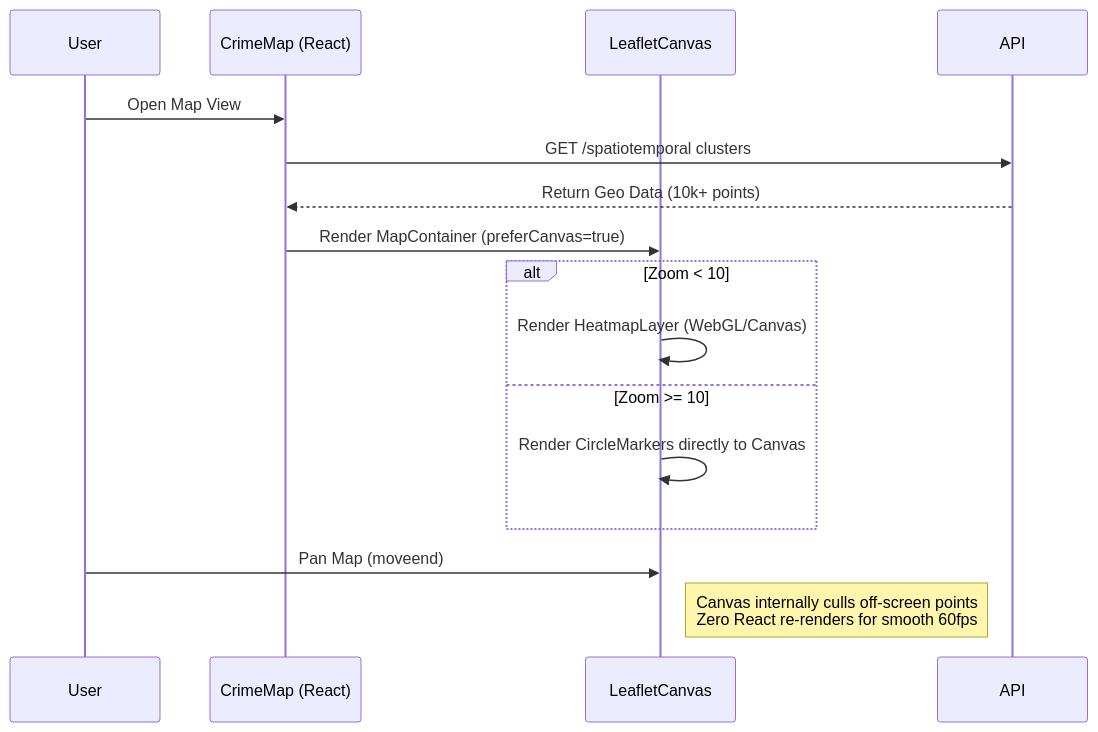
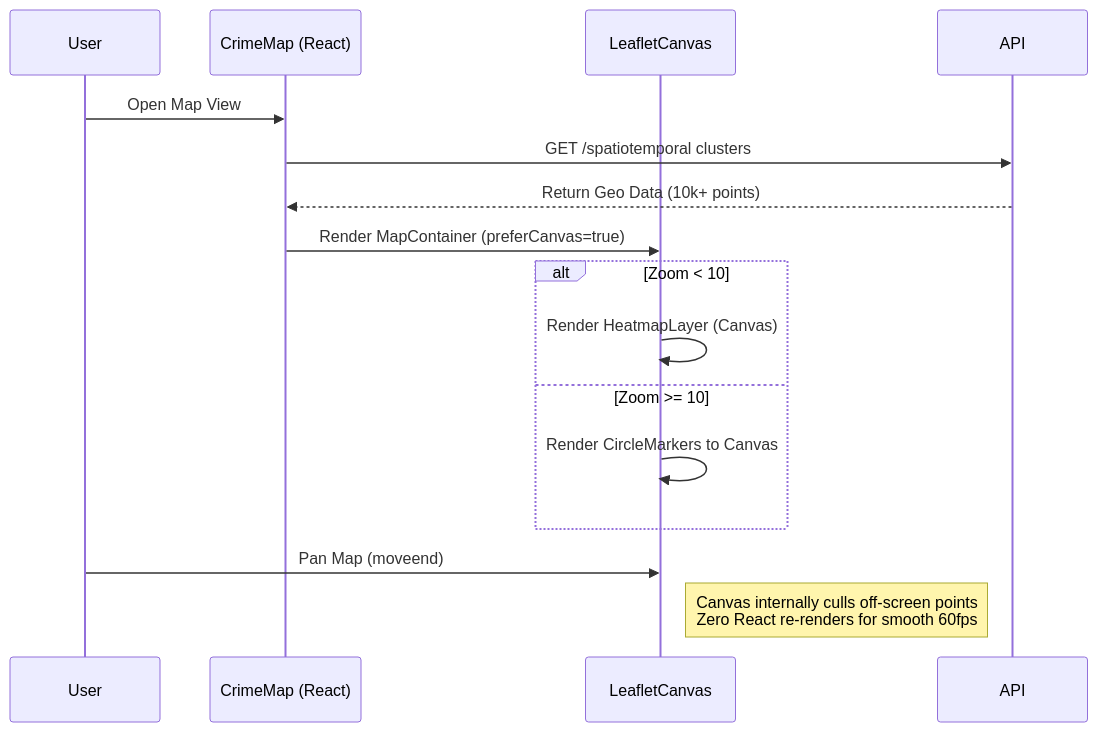
Before and after one commit to arnav-eluri/crime_dna: the third of 4 diagrams in README.md, drawn with Mermaid. The commit also changed other lines of this file, not shown here.

````diff
--- a/README.md
+++ b/README.md
@@ -92,22 +103,22 @@
 ```mermaid
 sequenceDiagram
     participant User
     participant CrimeMap (React)
     participant LeafletCanvas
     participant API
 
     User->>CrimeMap (React): Open Map View
     CrimeMap (React)->>API: GET /spatiotemporal clusters
     API-->>CrimeMap (React): Return Geo Data (10k+ points)
-    
+
     CrimeMap (React)->>LeafletCanvas: Render MapContainer (preferCanvas=true)
-    
+
     alt Zoom < 10
-        LeafletCanvas->>LeafletCanvas: Render HeatmapLayer (WebGL/Canvas)
+        LeafletCanvas->>LeafletCanvas: Render HeatmapLayer (Canvas)
     else Zoom >= 10
-        LeafletCanvas->>LeafletCanvas: Render CircleMarkers directly to Canvas
+        LeafletCanvas->>LeafletCanvas: Render CircleMarkers to Canvas
     end
-    
+
     User->>LeafletCanvas: Pan Map (moveend)
     Note right of LeafletCanvas: Canvas internally culls off-screen points<br/>Zero React re-renders for smooth 60fps
 ```
````
